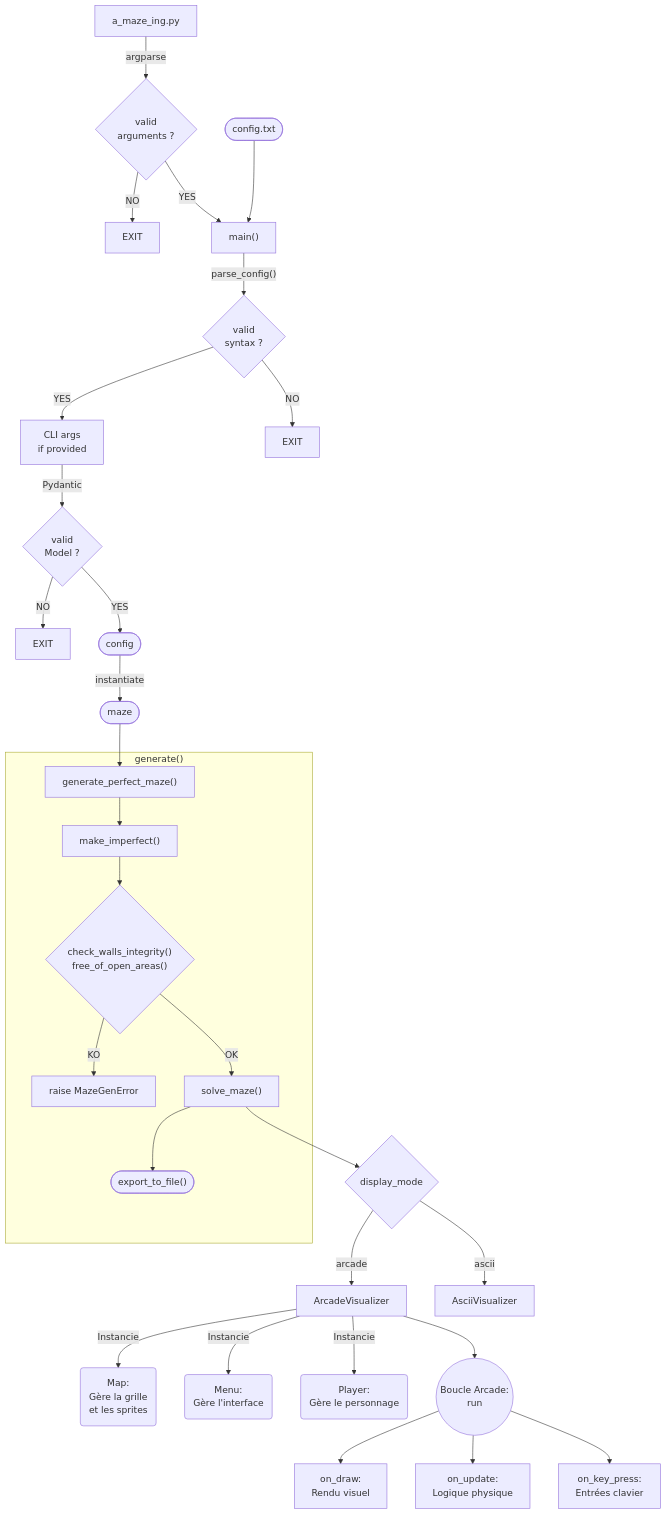
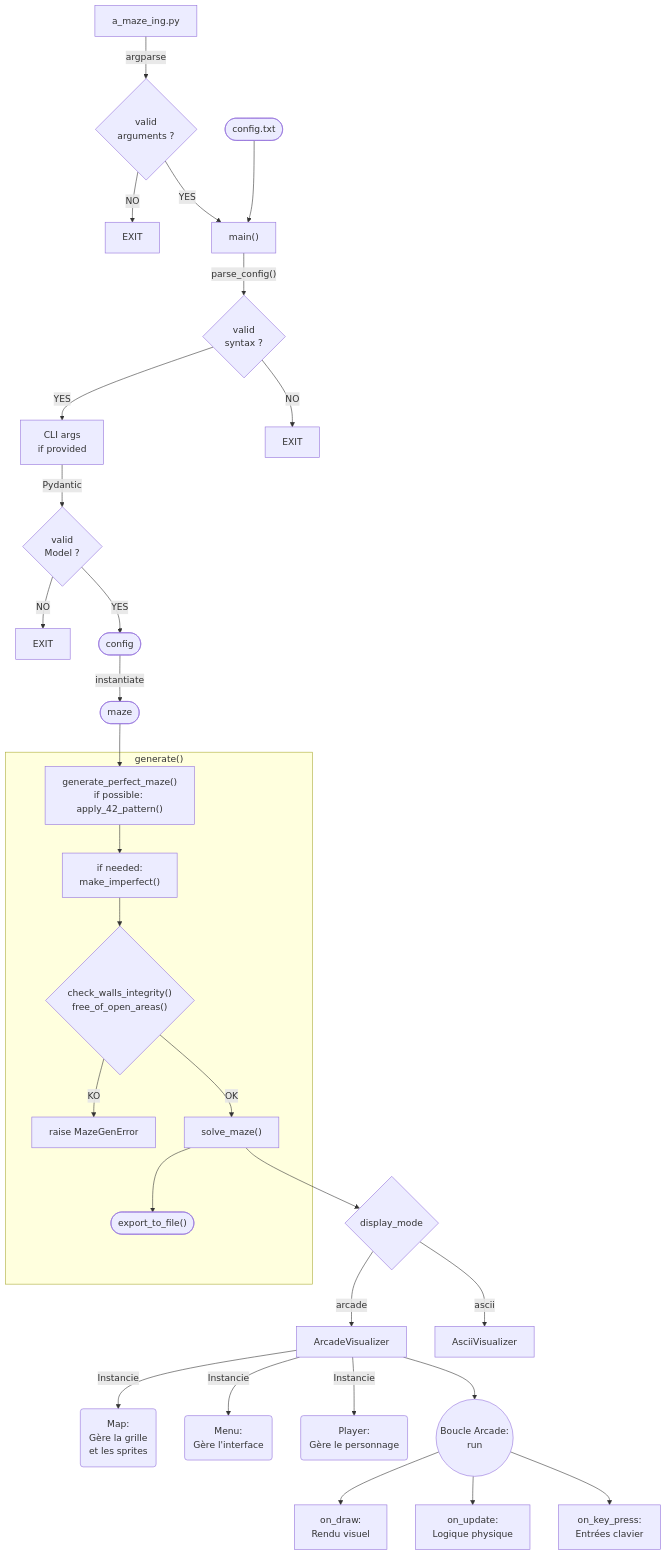
The diagram in README.md (eclectik-vd/42_A_Maze_ing), drawn with Mermaid before and after one commit. The commit also changed other lines of this file and 7 other files, not shown here.

````diff
--- a/README.md
+++ b/README.md
@@ -245,45 +259,45 @@
 ```mermaid
 flowchart TD
     %% Défine styles
     classDef file fill:#f9d0c4,stroke:#333,stroke-width:2px;
     classDef process fill:#c4d7f9,stroke:#333,stroke-width:2px;
     classDef data fill:#c4f9d0,stroke:#333,stroke-width:2px;
     classDef error fill:#ff9999,stroke:#333,stroke-width:2px;
 
     %% Nodes
     A["a_maze_ing.py"] -->|"argparse"| B{"valid<br>arguments ?"}
     B -->|NO| B0["EXIT"]
 
     B -->|YES| C["main()"]
     B1(["config.txt"]) --> C
     C -->|"parse_config()"| D{"valid<br>syntax ?"}
     D -->|YES| E["CLI args<br>if provided"]
     D -->|NO| D0["EXIT"]
     E -->|Pydantic| F{"valid<br>Model ?"}
     F -->|NO| F0["EXIT"]
     F -->|YES| G(["config"])
 
     G -->|"instantiate"| H([maze])
-    H --> H1["generate_perfect_maze()"]
+    H --> H1["generate_perfect_maze()<br>if possible: apply_42_pattern()"]
     subgraph "generate()"
-        H1 --> H2["make_imperfect()"]
+        H1 --> H2["if needed:<br>make_imperfect()"]
         H2 --> H3{"check_walls_integrity()<br>free_of_open_areas()"}
         H3 -->|KO| H0["raise MazeGenError"]
         H3 -->|OK| I["solve_maze()"]
         I --> J0(["export_to_file()"])
     end
 
     I --> J{"display_mode"}
     J -->|arcade| J2["ArcadeVisualizer"]
     J -->|ascii| J1["AsciiVisualizer"]
 
     J2 -->|Instancie| K("Map:<br>Gère la grille<br>et les sprites")
     J2 -->|Instancie| L("Menu:<br>Gère l'interface")
     J2 -->|Instancie| M("Player:<br>Gère le personnage")
     
     J2 --> N(("Boucle Arcade:<br>run"))
     N --> O["on_draw:<br>Rendu visuel"]
     N --> P["on_update:<br>Logique physique"]
     N --> Q["on_key_press:<br>Entrées clavier"]
 
 ```
````
